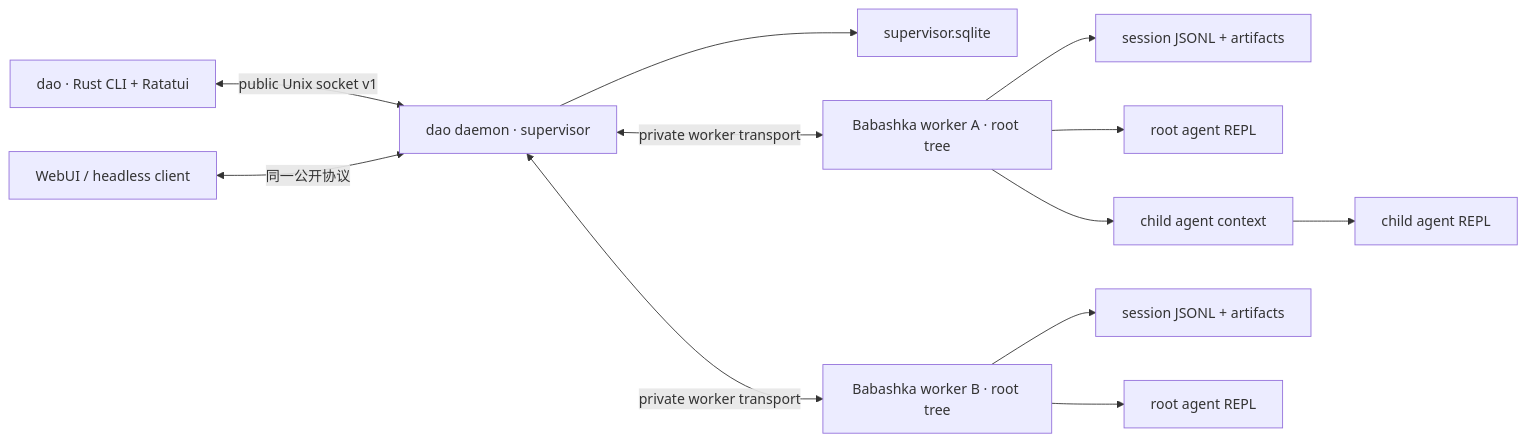
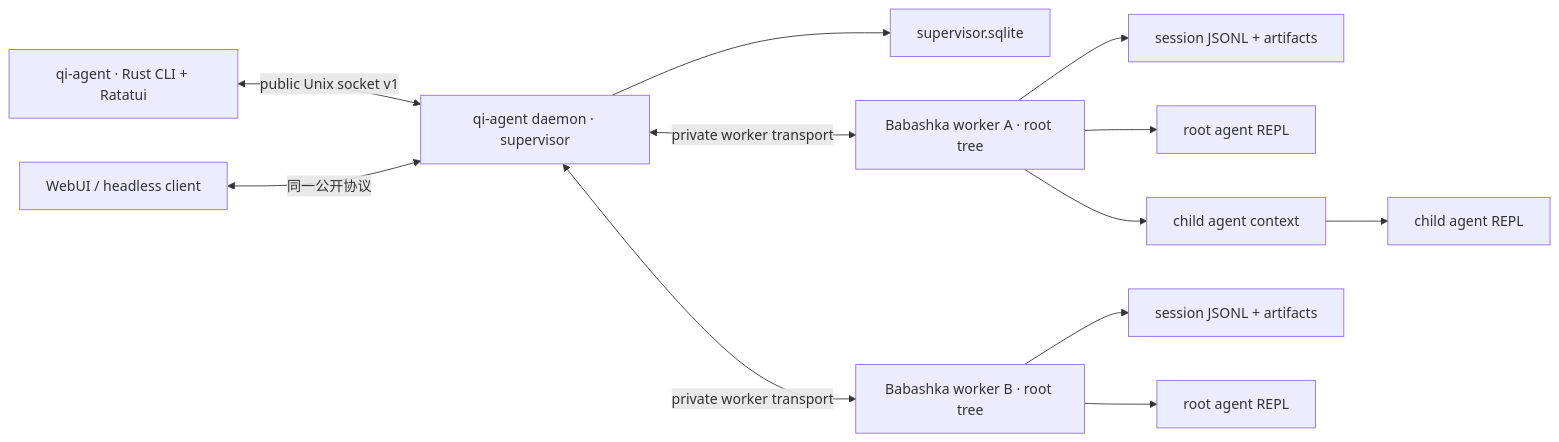
One commit to rainmote/qi-agent changed the first of 2 diagrams in docs/daemon-agent-architecture.md. Above: the diagram before and after it, drawn with Mermaid. The commit also changed other lines of this file and 190 other files, not shown here.

````diff
--- a/docs/daemon-agent-architecture.md
+++ b/docs/daemon-agent-architecture.md
@@ -71,17 +71,17 @@
 ```mermaid
 flowchart LR
-    TUI["dao · Rust CLI + Ratatui"] <-->|"public Unix socket v1"| D["dao daemon · supervisor"]
+    TUI["qi-agent · Rust CLI + Ratatui"] <-->|"public Unix socket v1"| D["qi-agent daemon · supervisor"]
     WEB["WebUI / headless client"] <-->|"同一公开协议"| D
 
     D --> DB["supervisor.sqlite"]
     D <-->|"private worker transport"| WA["Babashka worker A · root tree"]
     D <-->|"private worker transport"| WB["Babashka worker B · root tree"]
 
     WA --> SA["session JSONL + artifacts"]
     WA --> RA["root agent REPL"]
     WA --> CA["child agent context"]
     CA --> RC["child agent REPL"]
 
     WB --> SB["session JSONL + artifacts"]
     WB --> RB["root agent REPL"]
 ```
````
